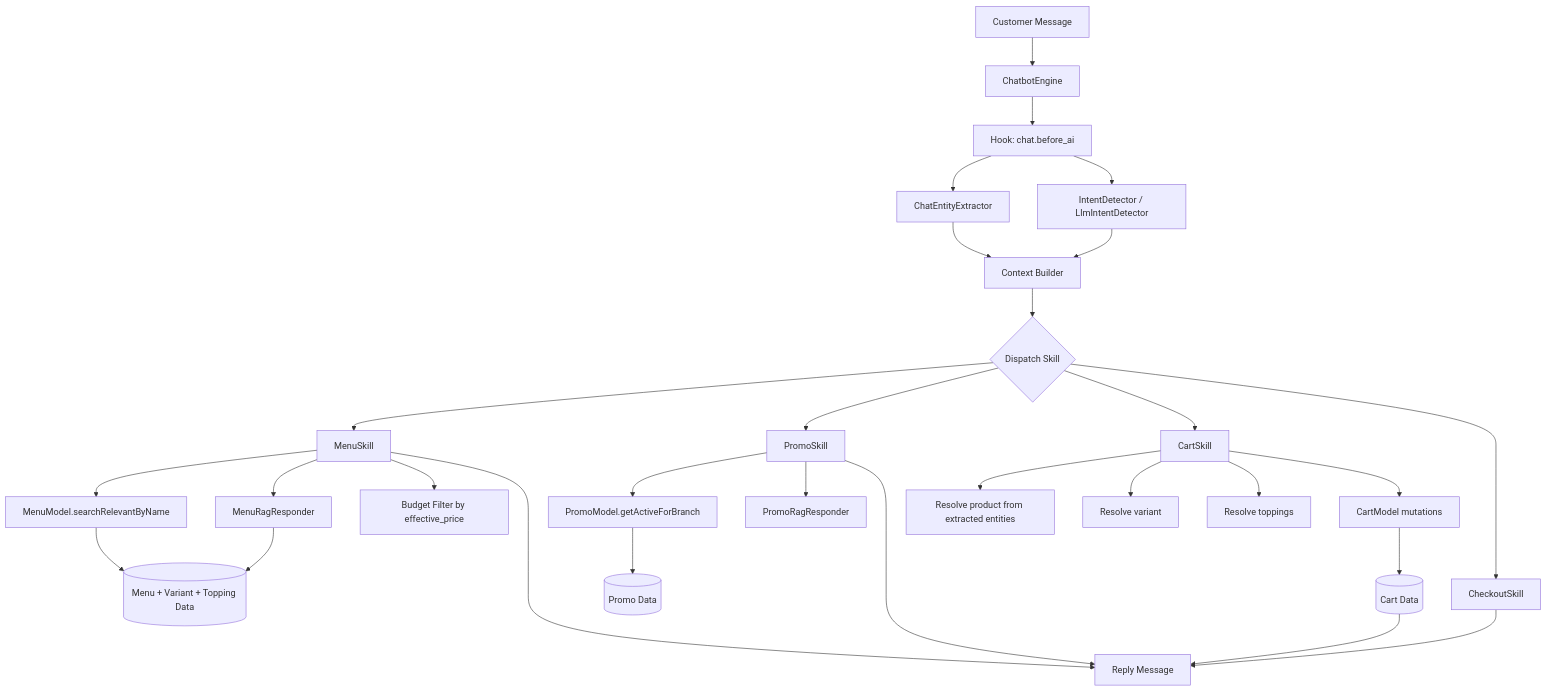
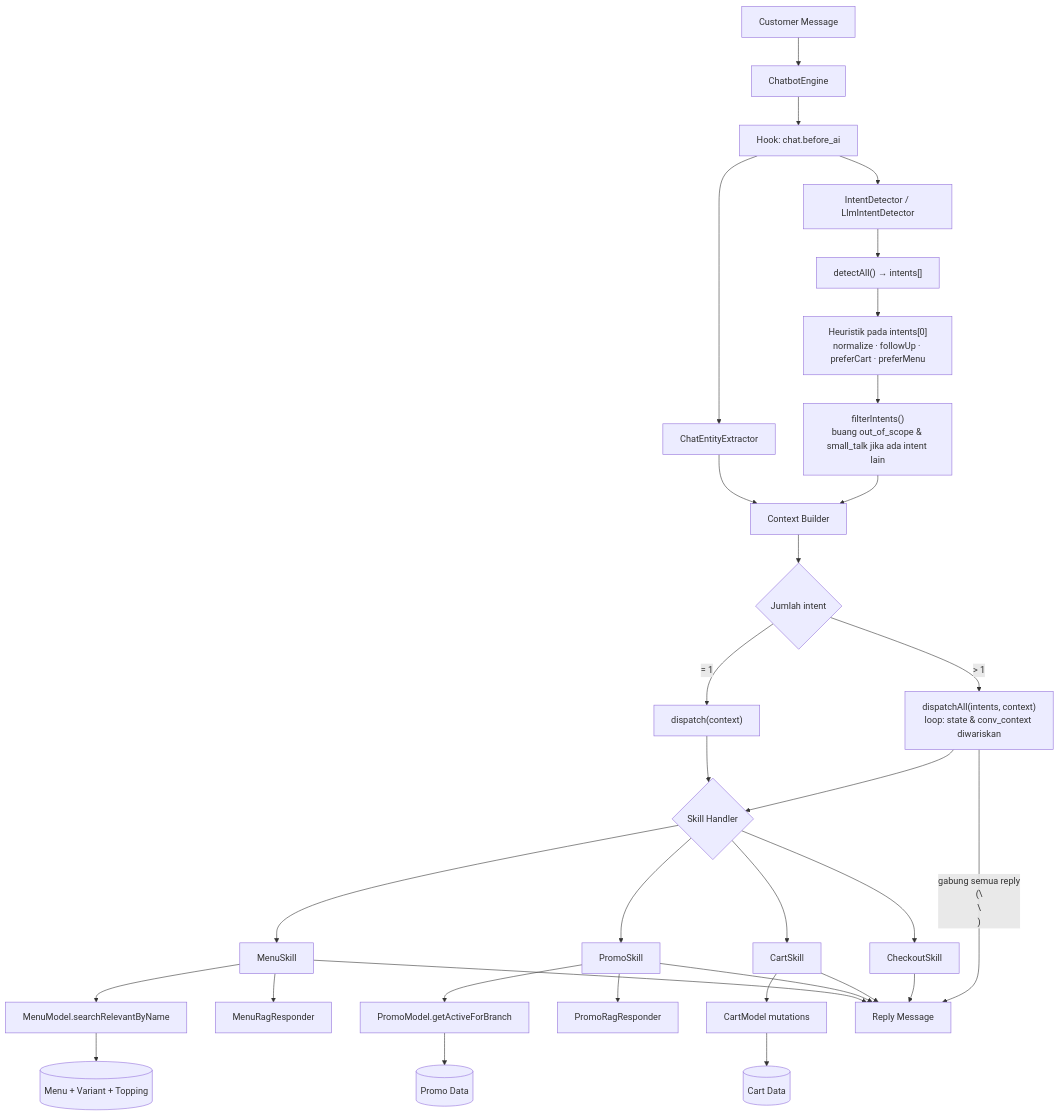
One commit to kukuhtw/toko_kopi changed the diagram in docs/chatbot-flow-and-entities.md. Above: the diagram before and after it, drawn with Mermaid. The commit also changed other lines of this file and 16 other files, not shown here.

````diff
--- a/docs/chatbot-flow-and-entities.md
+++ b/docs/chatbot-flow-and-entities.md
@@ -22,37 +24,43 @@
 ```mermaid
 flowchart TD
     A[Customer Message] --> B[ChatbotEngine]
     B --> C[Hook: chat.before_ai]
     C --> D[ChatEntityExtractor]
     C --> E[IntentDetector / LlmIntentDetector]
+
+    E --> E1["detectAll() → intents[]"]
+    E1 --> E2["Heuristik pada intents[0]\nnormalize · followUp · preferCart · preferMenu"]
+    E2 --> E3["filterIntents()\nbuang out_of_scope & small_talk jika ada intent lain"]
+
     D --> F[Context Builder]
-    E --> F
-    F --> G{Dispatch Skill}
+    E3 --> F
 
-    G --> H[MenuSkill]
-    G --> I[PromoSkill]
-    G --> J[CartSkill]
-    G --> K[CheckoutSkill]
+    F --> G{Jumlah intent}
+    G -->|= 1| H["dispatch(context)"]
+    G -->|> 1| I["dispatchAll(intents, context)\nloop: state & conv_context diwariskan"]
 
-    H --> H1[MenuModel.searchRelevantByName]
-    H --> H2[MenuRagResponder]
-    H --> H3[Budget Filter by effective_price]
+    H --> Skill
+    I --> Skill
 
-    I --> I1[PromoModel.getActiveForBranch]
-    I --> I2[PromoRagResponder]
+    Skill{Skill Handler}
+    Skill --> SMenu[MenuSkill]
+    Skill --> SPromo[PromoSkill]
+    Skill --> SCart[CartSkill]
+    Skill --> SCheckout[CheckoutSkill]
 
-    J --> J1[Resolve product from extracted entities]
-    J --> J2[Resolve variant]
-    J --> J3[Resolve toppings]
-    J --> J4[CartModel mutations]
+    SMenu --> M1[MenuModel.searchRelevantByName]
+    SMenu --> M2[MenuRagResponder]
+    SPromo --> P1[PromoModel.getActiveForBranch]
+    SPromo --> P2[PromoRagResponder]
+    SCart --> C1[CartModel mutations]
 
-    H1 --> L[(Menu + Variant + Topping Data)]
-    H2 --> L
-    I1 --> M[(Promo Data)]
-    J4 --> N[(Cart Data)]
+    M1 --> DB[(Menu + Variant + Topping)]
+    P1 --> DB2[(Promo Data)]
+    C1 --> DB3[(Cart Data)]
 
-    N --> O[Reply Message]
-    H --> O
-    I --> O
-    K --> O
+    SMenu --> O[Reply Message]
+    SPromo --> O
+    SCart --> O
+    SCheckout --> O
+    I -->|"gabung semua reply\n(\\n\\n)"| O
 ```
````
